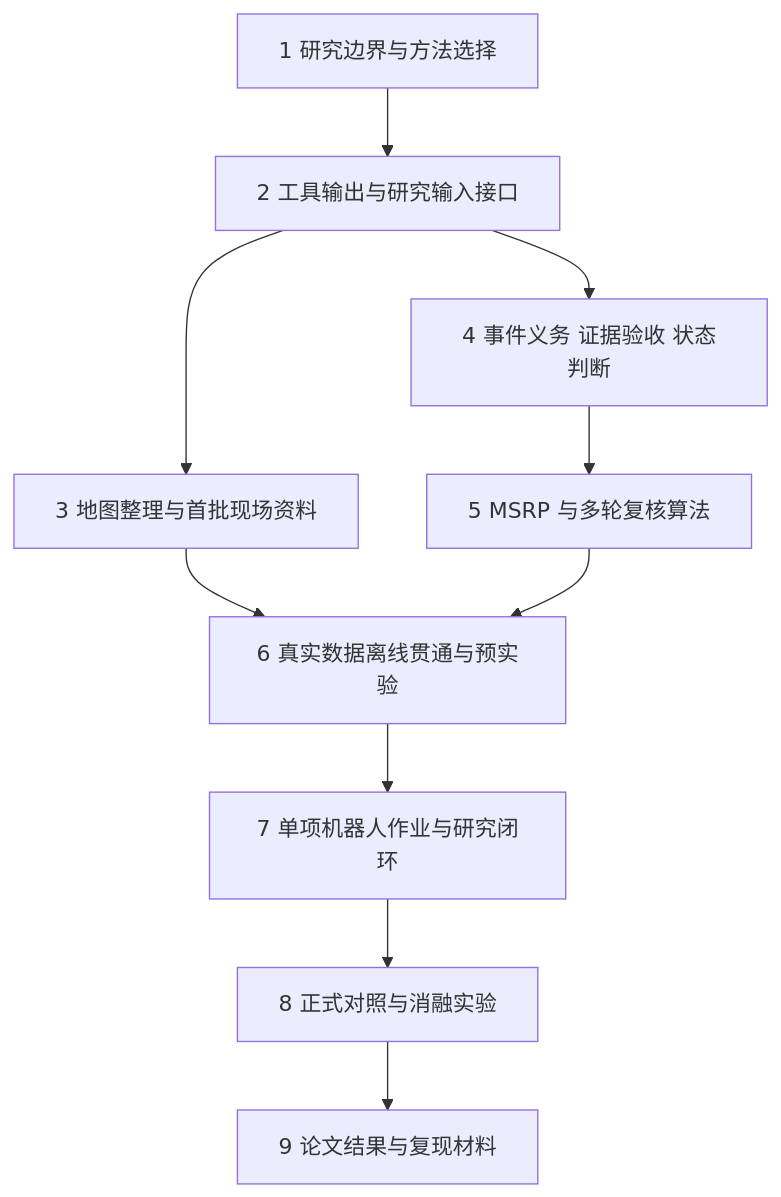
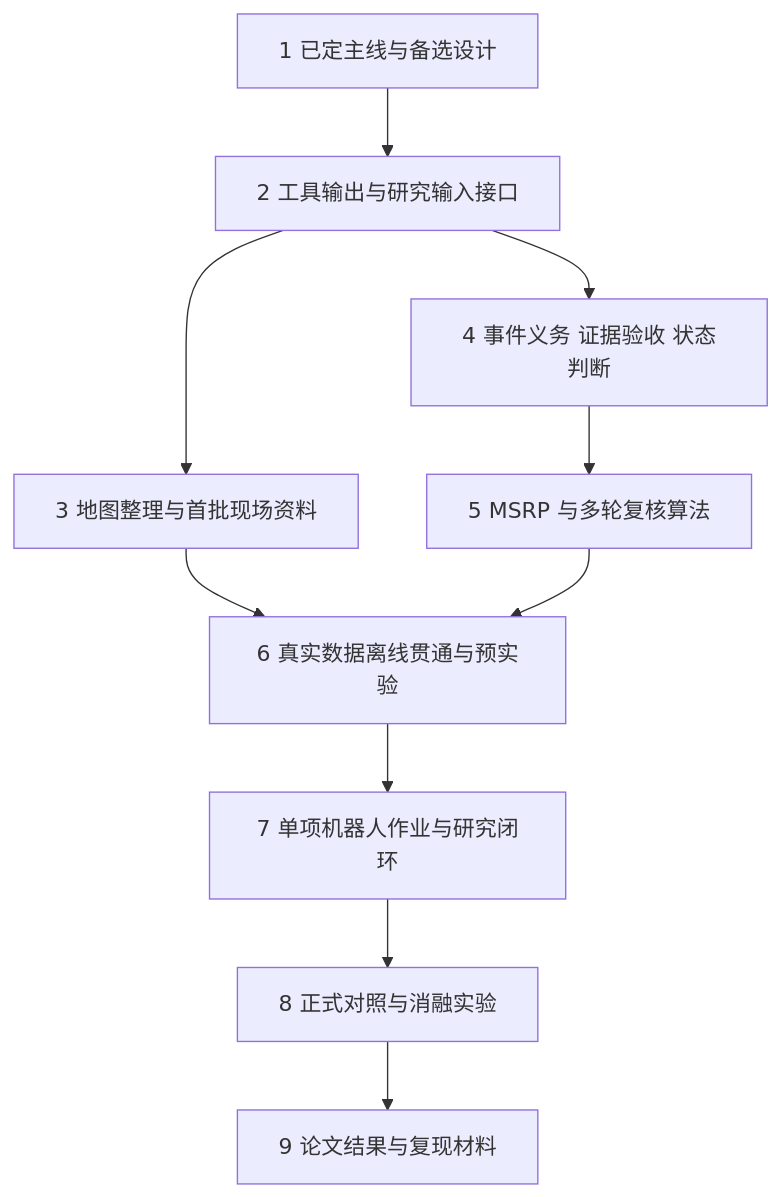
One commit to javencpdd/spatial-function-research-design changed the diagram in ROADMAP.md. Above: the diagram before and after it, drawn with Mermaid. The commit also changed other lines of this file and 2 other files, not shown here.

````diff
--- a/ROADMAP.md
+++ b/ROADMAP.md
@@ -35,12 +35,12 @@
 ```mermaid
 flowchart TD
-    A[1 研究边界与方法选择] --> B[2 工具输出与研究输入接口]
+    A[1 已定主线与备选设计] --> B[2 工具输出与研究输入接口]
     B --> C[3 地图整理与首批现场资料]
     B --> D[4 事件义务 证据验收 状态判断]
     D --> E[5 MSRP 与多轮复核算法]
     C --> F[6 真实数据离线贯通与预实验]
     E --> F
     F --> G[7 单项机器人作业与研究闭环]
     G --> H[8 正式对照与消融实验]
     H --> I[9 论文结果与复现材料]
 ```
````
